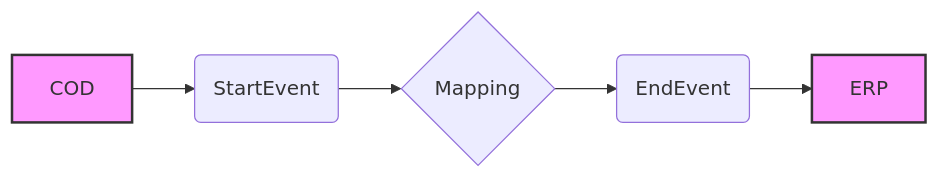
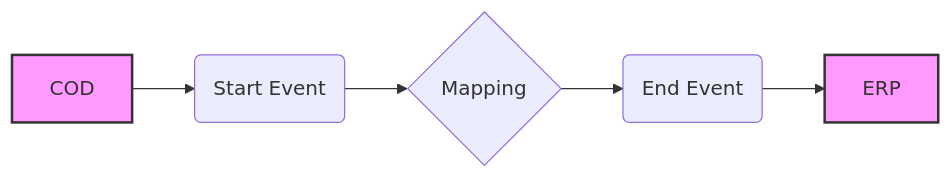
Before and after one commit to Avvale-IA-CICD/AvvaleCPI: the diagram in MMZ - Cell Iflows/Check_Connectivity_to_SAP_Business_Suite_MMZ-1.0.4/readme.md, drawn with Mermaid. The commit also changed other lines of this file, not shown here.

````diff
--- a/MMZ - Cell Iflows/Check_Connectivity_to_SAP_Business_Suite_MMZ-1.0.4/readme.md
+++ b/MMZ - Cell Iflows/Check_Connectivity_to_SAP_Business_Suite_MMZ-1.0.4/readme.md
@@ -4,9 +4,9 @@
 ```mermaid
 graph LR
-    A[COD] --> B(StartEvent)
+    A[COD] --> B(Start Event)
     B --> C{Mapping}
-    C --> D(EndEvent)
+    C --> D(End Event)
     D --> E[ERP]
     style A fill:#f9f,stroke:#333,stroke-width:2px
     style E fill:#f9f,stroke:#333,stroke-width:2px
 ```
````
